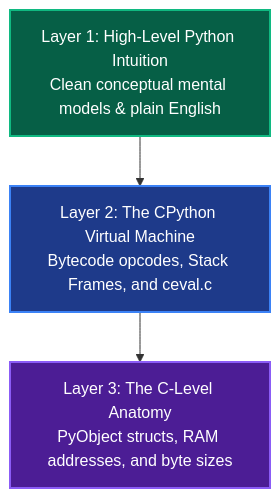
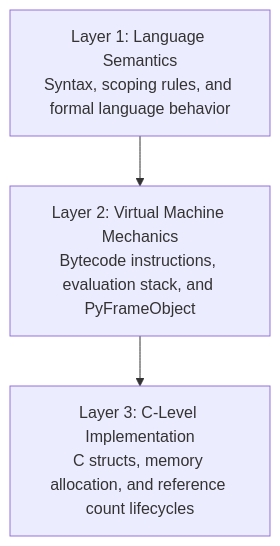
Before and after one commit to AchuAshwath/Cthru-Python: the second of 2 diagrams in src/content/docs/foundations/mental-model.mdx, drawn with Mermaid. The commit also changed other lines of this file and 8 other files, not shown here.

````diff
--- a/src/content/docs/foundations/mental-model.mdx
+++ b/src/content/docs/foundations/mental-model.mdx
@@ -98,11 +90,8 @@
 ```mermaid
 flowchart TD
-    L1["Layer 1: High-Level Python Intuition<br/>Clean conceptual mental models & plain English"]
-    L2["Layer 2: The CPython Virtual Machine<br/>Bytecode opcodes, Stack Frames, and ceval.c"]
-    L3["Layer 3: The C-Level Anatomy<br/>PyObject structs, RAM addresses, and byte sizes"]
+    L1["Layer 1: Language Semantics<br/>Syntax, scoping rules, and formal language behavior"]
+    L2["Layer 2: Virtual Machine Mechanics<br/>Bytecode instructions, evaluation stack, and PyFrameObject"]
+    L3["Layer 3: C-Level Implementation<br/>C structs, memory allocation, and reference count lifecycles"]
 
     L1 --> L2 --> L3
-    style L1 fill:#065f46,stroke:#10b981,stroke-width:2px,color:#fff
-    style L2 fill:#1e3a8a,stroke:#3b82f6,stroke-width:2px,color:#fff
-    style L3 fill:#4c1d95,stroke:#8b5cf6,stroke-width:2px,color:#fff
 ```
````
